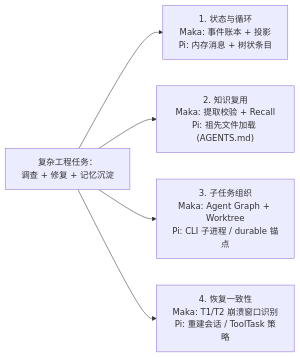
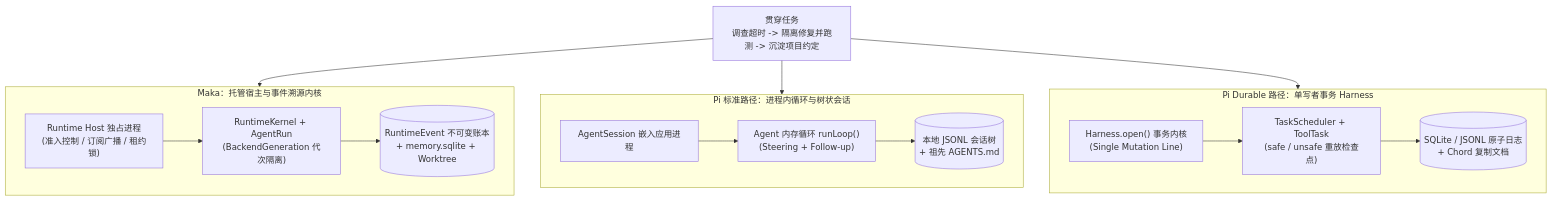
The first of 4 diagrams in maka-agent-infra/07-comparison/overview.md (suger-m/agent-infrastructure-docs), drawn with Mermaid before and after one commit. The commit also changed other lines of this file and 31 other files, not shown here.

Commit message:
docs: expand and split maka-agent-infra TS edition (32 chapters, 725KB)

````diff
--- a/maka-agent-infra/07-comparison/overview.md
+++ b/maka-agent-infra/07-comparison/overview.md
@@ -15,7 +21,23 @@
 ```mermaid
-flowchart LR
-    Task["复杂工程任务：<br/>调查 + 修复 + 记忆沉淀"] --> Dim1["1. 状态与循环<br/>Maka: 事件账本 + 投影<br/>Pi: 内存消息 + 树状条目"]
-    Task --> Dim2["2. 知识复用<br/>Maka: 提取校验 + Recall<br/>Pi: 祖先文件加载 (AGENTS.md)"]
-    Task --> Dim3["3. 子任务组织<br/>Maka: Agent Graph + Worktree<br/>Pi: CLI 子进程 / durable 锚点"]
-    Task --> Dim4["4. 恢复一致性<br/>Maka: T1/T2 崩溃窗口识别<br/>Pi: 重建会话 / ToolTask 策略"]
+flowchart TB
+    Task["贯穿任务<br/>调查超时 -> 隔离修复并跑测 -> 沉淀项目约定"]
+
+    subgraph MakaArch["Maka：托管宿主与事件溯源内核"]
+        MH["Runtime Host 独占进程<br/>(准入控制 / 订阅广播 / 租约锁)"] --> MK["RuntimeKernel + AgentRun<br/>(BackendGeneration 代次隔离)"]
+        MK --> ME[("RuntimeEvent 不可变账本<br/>+ memory.sqlite + Worktree")]
+    end
+
+    subgraph PiStdArch["Pi 标准路径：进程内循环与树状会话"]
+        PS["AgentSession 嵌入应用进程"] --> PA["Agent 内存循环 runLoop()<br/>(Steering + Follow-up)"]
+        PA --> PJ[("本地 JSONL 会话树<br/>+ 祖先 AGENTS.md")]
+    end
+
+    subgraph PiDurArch["Pi Durable 路径：单写者事务 Harness"]
+        PD["Harness.open() 事务内核<br/>(Single Mutation Line)"] --> PT["TaskScheduler + ToolTask<br/>(safe / unsafe 重放检查点)"]
+        PT --> PSQ[("SQLite / JSONL 原子日志<br/>+ Chord 复制文档")]
+    end
+
+    Task --> MakaArch
+    Task --> PiStdArch
+    Task --> PiDurArch
 ```
````
